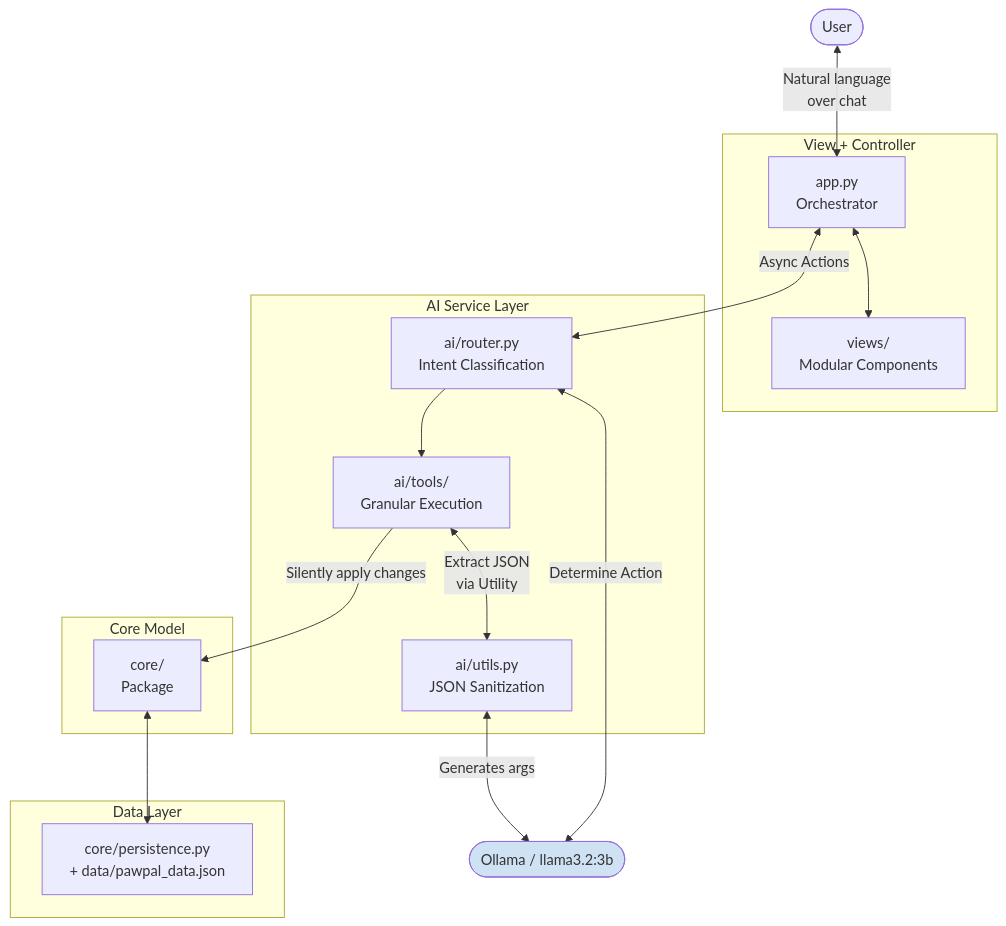
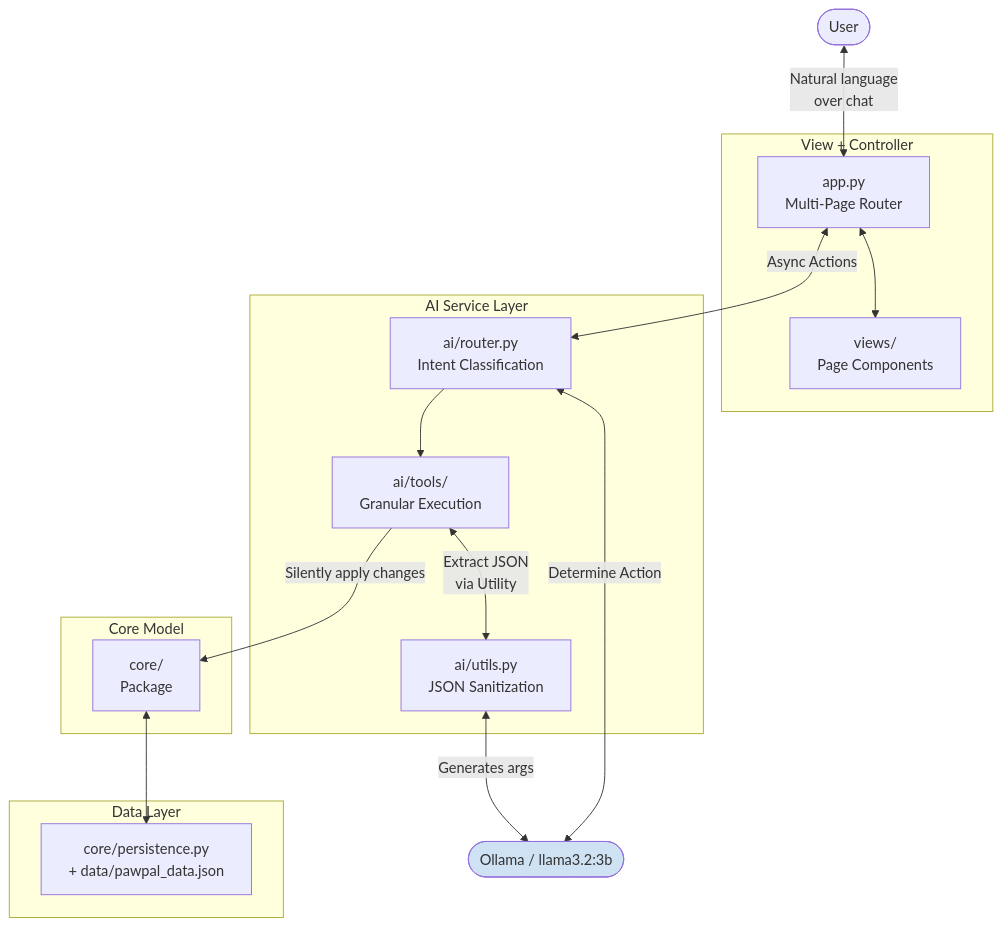
The first of 4 diagrams in README.md (Mebsina/pawpal-ai-system-project), drawn with Mermaid before and after one commit. The commit also changed other lines of this file and 8 other files, not shown here.

````diff
--- a/README.md
+++ b/README.md
@@ -45,37 +45,37 @@
 ```mermaid
 flowchart TD
     User([User])
 
     subgraph VC["View + Controller"]
-    App["app.py<br/>Orchestrator"]
-    Views["views/<br/>Modular Components"]
+    App["app.py<br/>Multi-Page Router"]
+    Views["views/<br/>Page Components"]
 end
 
 subgraph AI["AI Service Layer"]
     Router["ai/router.py<br/>Intent Classification"]
     Tools["ai/tools/<br/>Granular Execution"]
     Util["ai/utils.py<br/>JSON Sanitization"]
 end
 
 subgraph Core["Core Model"]
     Engine["core/<br/>Package"]
 end
 
 subgraph Data["Data Layer"]
     Store["core/persistence.py<br/>+ data/pawpal_data.json"]
 end
 
 Ollama([Ollama / llama3.2:3b])
 
 User <-->|"Natural language<br/>over chat"| App
 App <--> Views
 App <-->|"Async Actions"| Router
 Router <-->|Determine Action| Ollama
 Router --> Tools
 Tools <-->|Extract JSON\nvia Utility| Util
 Util <-->|Generates args| Ollama
 Tools -->|Silently apply changes| Engine
 Engine <--> Store
 
     style Ollama fill:#cfe2f3
 ```
````
